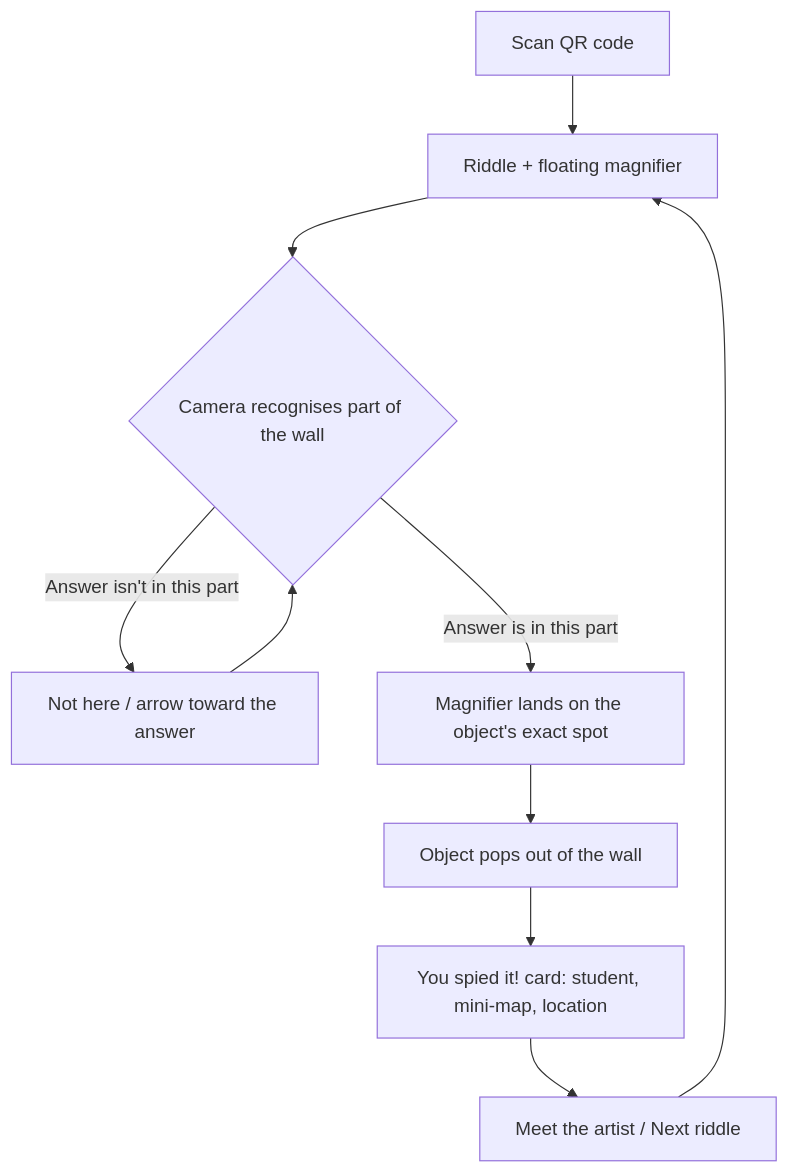
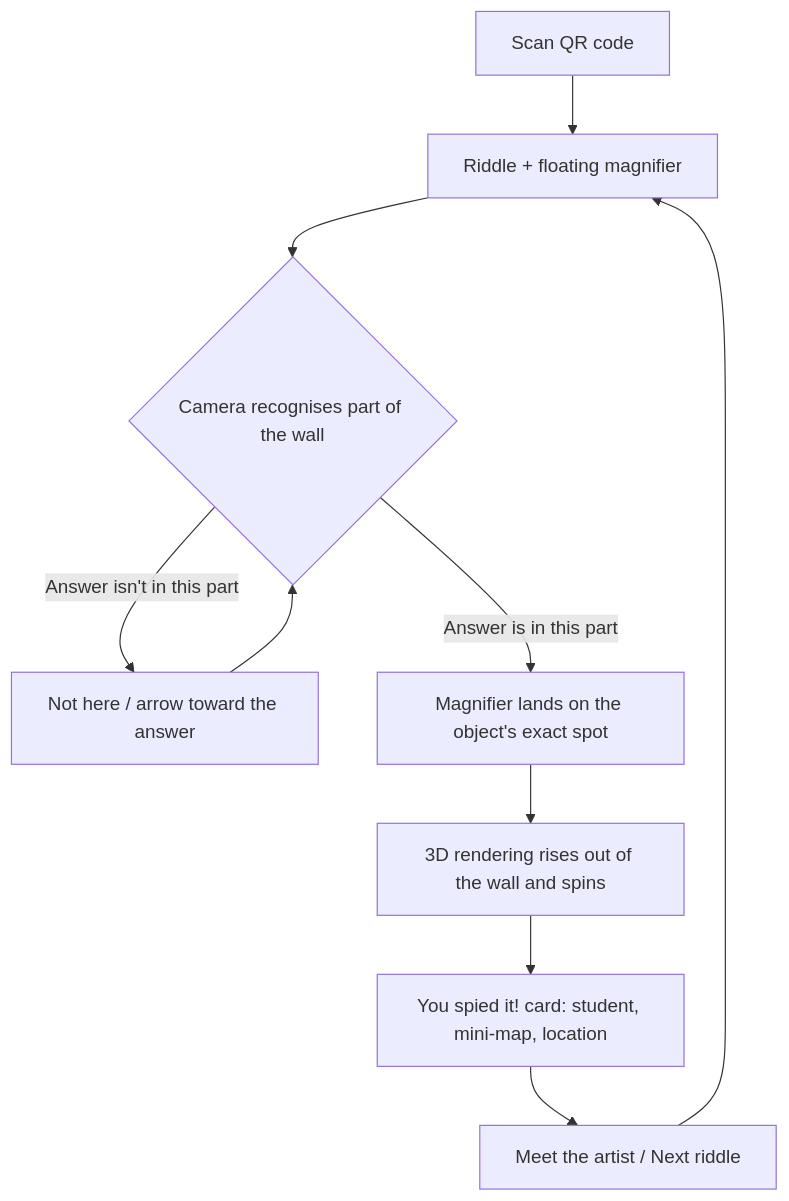
One commit to sam-willi/iya-cohort13-mural-ar changed the diagram in docs/how-it-works.md. Above: the diagram before and after it, drawn with Mermaid. The commit also changed other lines of this file and 10 other files, not shown here.

````diff
--- a/docs/how-it-works.md
+++ b/docs/how-it-works.md
@@ -16,12 +17,12 @@
 ```mermaid
 flowchart TD
   A[Scan QR code] --> B[Riddle + floating magnifier]
   B --> C{Camera recognises part of the wall}
   C -- Answer isn't in this part --> D[Not here / arrow toward the answer]
   D --> C
   C -- Answer is in this part --> E[Magnifier lands on the object's exact spot]
-  E --> F[Object pops out of the wall]
+  E --> F[3D rendering rises out of the wall and spins]
   F --> G[You spied it! card: student, mini-map, location]
   G --> H[Meet the artist / Next riddle]
   H --> B
 ```
````
